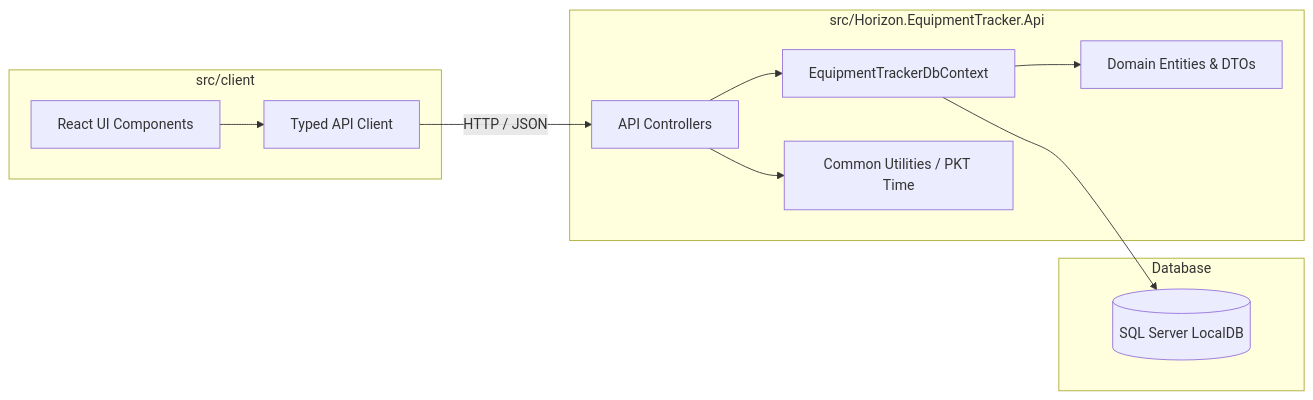
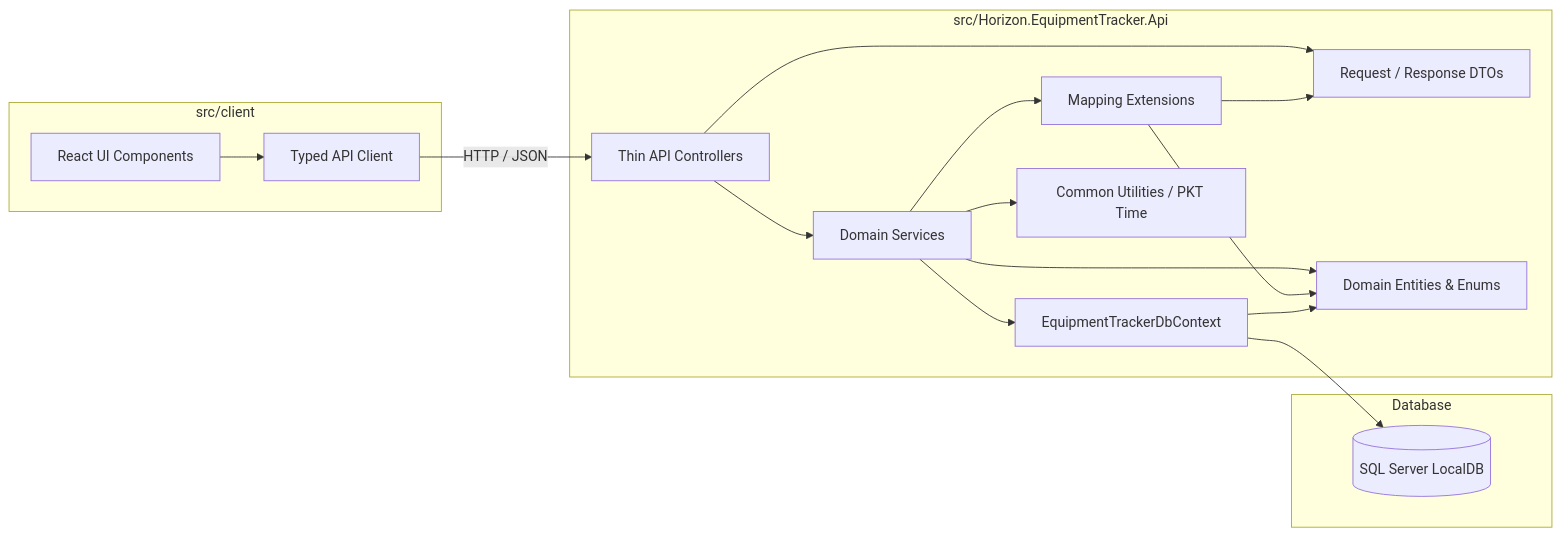
Before and after one commit to fayaz921/Horizon.EquipmentTracker: the second of 3 diagrams in _bmad-output/initiative-equipment-tracker/architecture-equipment-tracker/architecture-equipment-tracker.md, drawn with Mermaid. The commit also changed other lines of this file and 34 other files, not shown here.

````diff
--- a/_bmad-output/initiative-equipment-tracker/architecture-equipment-tracker/architecture-equipment-tracker.md
+++ b/_bmad-output/initiative-equipment-tracker/architecture-equipment-tracker/architecture-equipment-tracker.md
@@ -71,25 +75,34 @@
 ```mermaid
 graph LR
     subgraph Client ["src/client"]
         UI[React UI Components]
         APIClient[Typed API Client]
         UI --> APIClient
     end
 
     subgraph Server ["src/Horizon.EquipmentTracker.Api"]
-        Controllers[API Controllers]
+        Controllers[Thin API Controllers]
+        Services[Domain Services]
+        Mapping[Mapping Extensions]
+        Dtos[Request / Response DTOs]
         DbContext[EquipmentTrackerDbContext]
-        Entities[Domain Entities & DTOs]
+        Entities[Domain Entities & Enums]
         Common[Common Utilities / PKT Time]
 
         APIClient -->|HTTP / JSON| Controllers
-        Controllers --> DbContext
-        Controllers --> Common
+        Controllers --> Services
+        Controllers --> Dtos
+        Services --> DbContext
+        Services --> Entities
+        Services --> Mapping
+        Services --> Common
+        Mapping --> Entities
+        Mapping --> Dtos
         DbContext --> Entities
     end
 
     subgraph Storage ["Database"]
         SQL[(SQL Server LocalDB)]
         DbContext --> SQL
     end
 ```
````
